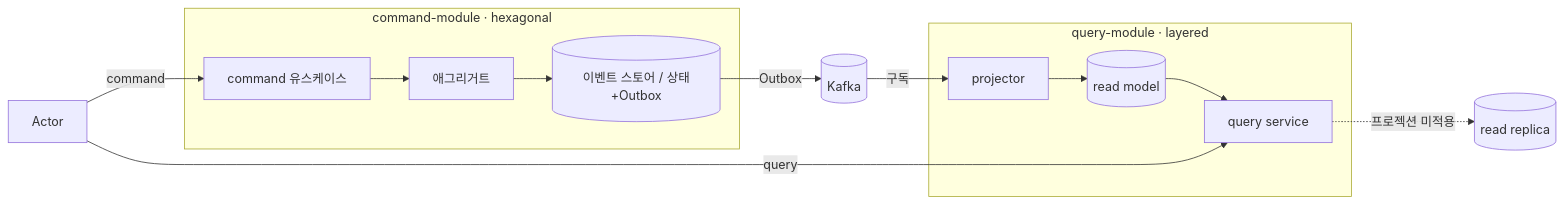
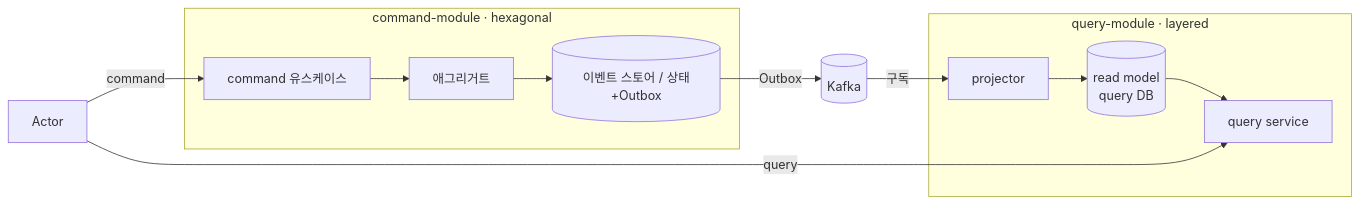
The diagram in docs/v2/rfc/RFC-001-v2-cqrs-and-event-sourcing.md (newkayak12/prototype-reservation-system), drawn with Mermaid before and after one commit. The commit also changed other lines of this file and 19 other files, not shown here.

````diff
--- a/docs/v2/rfc/RFC-001-v2-cqrs-and-event-sourcing.md
+++ b/docs/v2/rfc/RFC-001-v2-cqrs-and-event-sourcing.md
@@ -79,16 +79,15 @@
 ```mermaid
 graph LR
     actor[Actor] -->|command| C
     subgraph command-module [command-module · hexagonal]
         C[command 유스케이스] --> AGG[애그리거트]
         AGG --> ES[(이벤트 스토어 / 상태+Outbox)]
     end
     ES -->|Outbox| K[(Kafka)]
     K -->|구독| P
     subgraph query-module [query-module · layered]
-        P[projector] --> RM[(read model)]
+        P[projector] --> RM[(read model<br/>query DB)]
         RM --> Q[query service]
     end
     actor -->|query| Q
-    Q -.->|프로젝션 미적용| RR[(read replica)]
 ```
````
